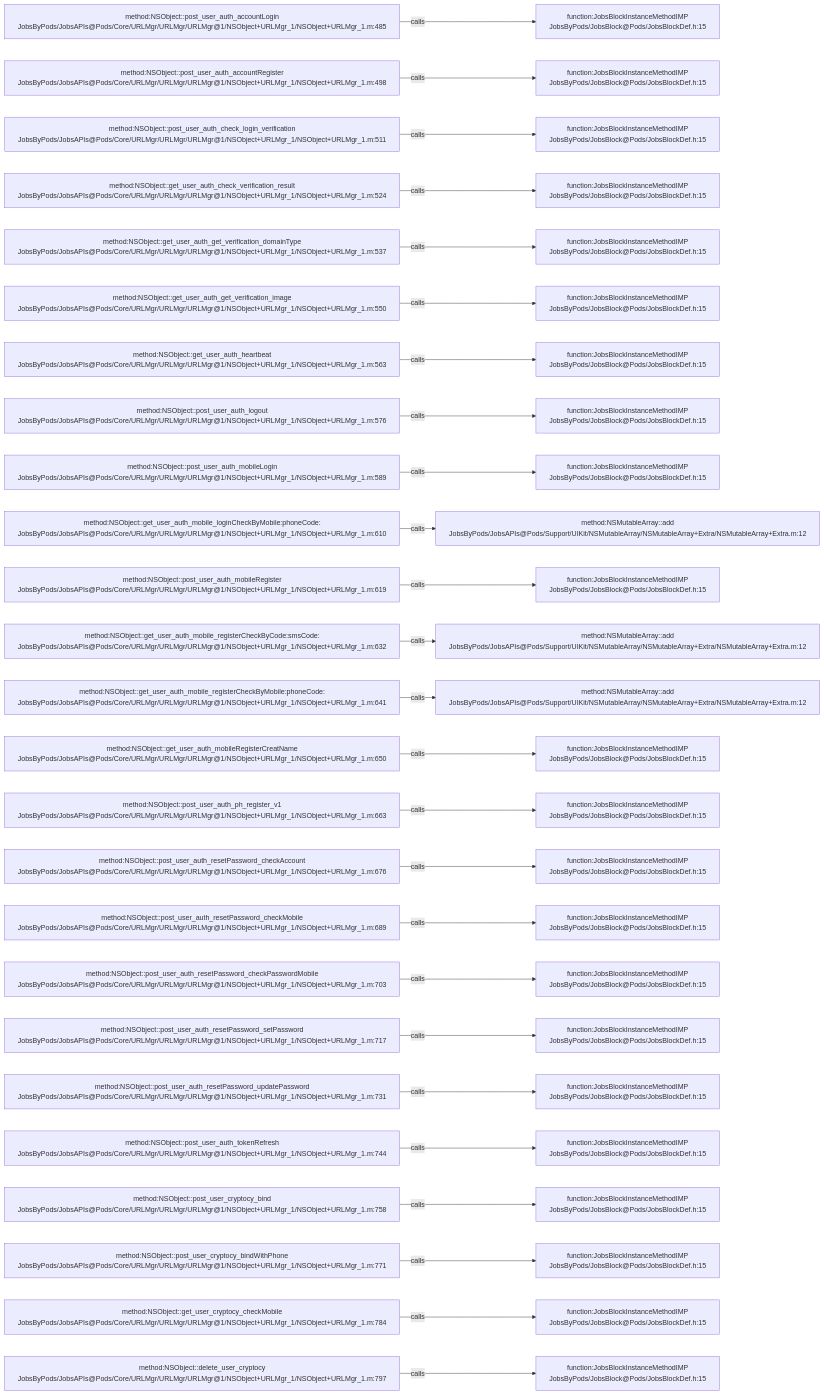
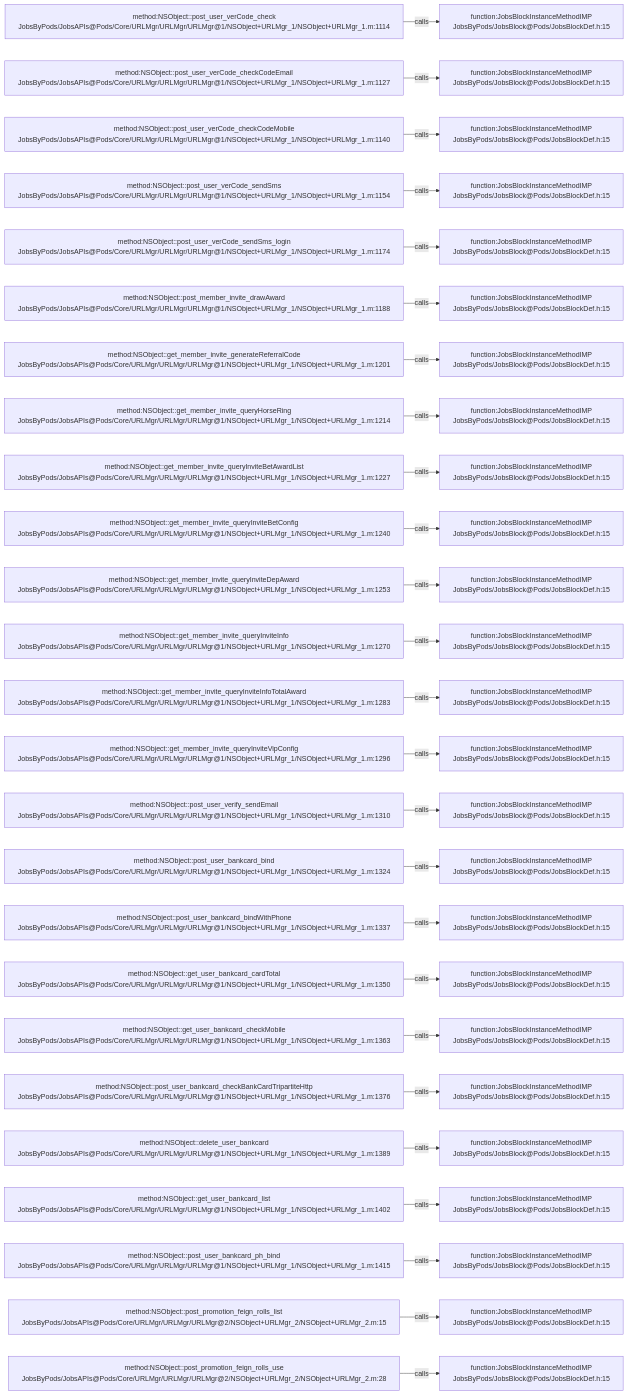
The diagram in .codegraph/codegraph.md/graphs/calls-055.md (JobsKits/JobsOCBaseConfigDemo), drawn with Mermaid before and after one commit. The commit also changed 223 other files, not shown here.

````diff
--- a/.codegraph/codegraph.md/graphs/calls-055.md
+++ b/.codegraph/codegraph.md/graphs/calls-055.md
@@ -13,78 +13,78 @@
 ```mermaid
 flowchart LR
-  S1["method:NSObject::post_user_auth_accountLogin<br/>JobsByPods/JobsAPIs@Pods/Core/URLMgr/URLMgr/URLMgr@1/NSObject+URLMgr_1/NSObject+URLMgr_1.m:485"]
+  S1["method:NSObject::post_user_verCode_check<br/>JobsByPods/JobsAPIs@Pods/Core/URLMgr/URLMgr/URLMgr@1/NSObject+URLMgr_1/NSObject+URLMgr_1.m:1114"]
   T1["function:JobsBlockInstanceMethodIMP<br/>JobsByPods/JobsBlock@Pods/JobsBlockDef.h:15"]
   S1 -->|calls| T1
-  S2["method:NSObject::post_user_auth_accountRegister<br/>JobsByPods/JobsAPIs@Pods/Core/URLMgr/URLMgr/URLMgr@1/NSObject+URLMgr_1/NSObject+URLMgr_1.m:498"]
+  S2["method:NSObject::post_user_verCode_checkCodeEmail<br/>JobsByPods/JobsAPIs@Pods/Core/URLMgr/URLMgr/URLMgr@1/NSObject+URLMgr_1/NSObject+URLMgr_1.m:1127"]
   T2["function:JobsBlockInstanceMethodIMP<br/>JobsByPods/JobsBlock@Pods/JobsBlockDef.h:15"]
   S2 -->|calls| T2
-  S3["method:NSObject::post_user_auth_check_login_verification<br/>JobsByPods/JobsAPIs@Pods/Core/URLMgr/URLMgr/URLMgr@1/NSObject+URLMgr_1/NSObject+URLMgr_1.m:511"]
+  S3["method:NSObject::post_user_verCode_checkCodeMobile<br/>JobsByPods/JobsAPIs@Pods/Core/URLMgr/URLMgr/URLMgr@1/NSObject+URLMgr_1/NSObject+URLMgr_1.m:1140"]
   T3["function:JobsBlockInstanceMethodIMP<br/>JobsByPods/JobsBlock@Pods/JobsBlockDef.h:15"]
   S3 -->|calls| T3
-  S4["method:NSObject::get_user_auth_check_verification_result<br/>JobsByPods/JobsAPIs@Pods/Core/URLMgr/URLMgr/URLMgr@1/NSObject+URLMgr_1/NSObject+URLMgr_1.m:524"]
+  S4["method:NSObject::post_user_verCode_sendSms<br/>JobsByPods/JobsAPIs@Pods/Core/URLMgr/URLMgr/URLMgr@1/NSObject+URLMgr_1/NSObject+URLMgr_1.m:1154"]
   T4["function:JobsBlockInstanceMethodIMP<br/>JobsByPods/JobsBlock@Pods/JobsBlockDef.h:15"]
   S4 -->|calls| T4
-  S5["method:NSObject::get_user_auth_get_verification_domainType<br/>JobsByPods/JobsAPIs@Pods/Core/URLMgr/URLMgr/URLMgr@1/NSObject+URLMgr_1/NSObject+URLMgr_1.m:537"]
+  S5["method:NSObject::post_user_verCode_sendSms_login<br/>JobsByPods/JobsAPIs@Pods/Core/URLMgr/URLMgr/URLMgr@1/NSObject+URLMgr_1/NSObject+URLMgr_1.m:1174"]
   T5["function:JobsBlockInstanceMethodIMP<br/>JobsByPods/JobsBlock@Pods/JobsBlockDef.h:15"]
   S5 -->|calls| T5
-  S6["method:NSObject::get_user_auth_get_verification_image<br/>JobsByPods/JobsAPIs@Pods/Core/URLMgr/URLMgr/URLMgr@1/NSObject+URLMgr_1/NSObject+URLMgr_1.m:550"]
+  S6["method:NSObject::post_member_invite_drawAward<br/>JobsByPods/JobsAPIs@Pods/Core/URLMgr/URLMgr/URLMgr@1/NSObject+URLMgr_1/NSObject+URLMgr_1.m:1188"]
   T6["function:JobsBlockInstanceMethodIMP<br/>JobsByPods/JobsBlock@Pods/JobsBlockDef.h:15"]
   S6 -->|calls| T6
-  S7["method:NSObject::get_user_auth_heartbeat<br/>JobsByPods/JobsAPIs@Pods/Core/URLMgr/URLMgr/URLMgr@1/NSObject+URLMgr_1/NSObject+URLMgr_1.m:563"]
+  S7["method:NSObject::get_member_invite_generateReferralCode<br/>JobsByPods/JobsAPIs@Pods/Core/URLMgr/URLMgr/URLMgr@1/NSObject+URLMgr_1/NSObject+URLMgr_1.m:1201"]
   T7["function:JobsBlockInstanceMethodIMP<br/>JobsByPods/JobsBlock@Pods/JobsBlockDef.h:15"]
   S7 -->|calls| T7
-  S8["method:NSObject::post_user_auth_logout<br/>JobsByPods/JobsAPIs@Pods/Core/URLMgr/URLMgr/URLMgr@1/NSObject+URLMgr_1/NSObject+URLMgr_1.m:576"]
+  S8["method:NSObject::get_member_invite_queryHorseRing<br/>JobsByPods/JobsAPIs@Pods/Core/URLMgr/URLMgr/URLMgr@1/NSObject+URLMgr_1/NSObject+URLMgr_1.m:1214"]
   T8["function:JobsBlockInstanceMethodIMP<br/>JobsByPods/JobsBlock@Pods/JobsBlockDef.h:15"]
   S8 -->|calls| T8
-  S9["method:NSObject::post_user_auth_mobileLogin<br/>JobsByPods/JobsAPIs@Pods/Core/URLMgr/URLMgr/URLMgr@1/NSObject+URLMgr_1/NSObject+URLMgr_1.m:589"]
+  S9["method:NSObject::get_member_invite_queryInviteBetAwardList<br/>JobsByPods/JobsAPIs@Pods/Core/URLMgr/URLMgr/URLMgr@1/NSObject+URLMgr_1/NSObject+URLMgr_1.m:1227"]
   T9["function:JobsBlockInstanceMethodIMP<br/>JobsByPods/JobsBlock@Pods/JobsBlockDef.h:15"]
   S9 -->|calls| T9
-  S10["method:NSObject::get_user_auth_mobile_loginCheckByMobile:phoneCode:<br/>JobsByPods/JobsAPIs@Pods/Core/URLMgr/URLMgr/URLMgr@1/NSObject+URLMgr_1/NSObject+URLMgr_1.m:610"]
-  T10["method:NSMutableArray::add<br/>JobsByPods/JobsAPIs@Pods/Support/UIKit/NSMutableArray/NSMutableArray+Extra/NSMutableArray+Extra.m:12"]
+  S10["method:NSObject::get_member_invite_queryInviteBetConfig<br/>JobsByPods/JobsAPIs@Pods/Core/URLMgr/URLMgr/URLMgr@1/NSObject+URLMgr_1/NSObject+URLMgr_1.m:1240"]
+  T10["function:JobsBlockInstanceMethodIMP<br/>JobsByPods/JobsBlock@Pods/JobsBlockDef.h:15"]
   S10 -->|calls| T10
-  S11["method:NSObject::post_user_auth_mobileRegister<br/>JobsByPods/JobsAPIs@Pods/Core/URLMgr/URLMgr/URLMgr@1/NSObject+URLMgr_1/NSObject+URLMgr_1.m:619"]
+  S11["method:NSObject::get_member_invite_queryInviteDepAward<br/>JobsByPods/JobsAPIs@Pods/Core/URLMgr/URLMgr/URLMgr@1/NSObject+URLMgr_1/NSObject+URLMgr_1.m:1253"]
   T11["function:JobsBlockInstanceMethodIMP<br/>JobsByPods/JobsBlock@Pods/JobsBlockDef.h:15"]
   S11 -->|calls| T11
-  S12["method:NSObject::get_user_auth_mobile_registerCheckByCode:smsCode:<br/>JobsByPods/JobsAPIs@Pods/Core/URLMgr/URLMgr/URLMgr@1/NSObject+URLMgr_1/NSObject+URLMgr_1.m:632"]
-  T12["method:NSMutableArray::add<br/>JobsByPods/JobsAPIs@Pods/Support/UIKit/NSMutableArray/NSMutableArray+Extra/NSMutableArray+Extra.m:12"]
+  S12["method:NSObject::get_member_invite_queryInviteInfo<br/>JobsByPods/JobsAPIs@Pods/Core/URLMgr/URLMgr/URLMgr@1/NSObject+URLMgr_1/NSObject+URLMgr_1.m:1270"]
+  T12["function:JobsBlockInstanceMethodIMP<br/>JobsByPods/JobsBlock@Pods/JobsBlockDef.h:15"]
   S12 -->|calls| T12
-  S13["method:NSObject::get_user_auth_mobile_registerCheckByMobile:phoneCode:<br/>JobsByPods/JobsAPIs@Pods/Core/URLMgr/URLMgr/URLMgr@1/NSObject+URLMgr_1/NSObject+URLMgr_1.m:641"]
-  T13["method:NSMutableArray::add<br/>JobsByPods/JobsAPIs@Pods/Support/UIKit/NSMutableArray/NSMutableArray+Extra/NSMutableArray+Extra.m:12"]
+  S13["method:NSObject::get_member_invite_queryInviteInfoTotalAward<br/>JobsByPods/JobsAPIs@Pods/Core/URLMgr/URLMgr/URLMgr@1/NSObject+URLMgr_1/NSObject+URLMgr_1.m:1283"]
+  T13["function:JobsBlockInstanceMethodIMP<br/>JobsByPods/JobsBlock@Pods/JobsBlockDef.h:15"]
   S13 -->|calls| T13
-  S14["method:NSObject::get_user_auth_mobileRegisterCreatName<br/>JobsByPods/JobsAPIs@Pods/Core/URLMgr/URLMgr/URLMgr@1/NSObject+URLMgr_1/NSObject+URLMgr_1.m:650"]
+  S14["method:NSObject::get_member_invite_queryInviteVipConfig<br/>JobsByPods/JobsAPIs@Pods/Core/URLMgr/URLMgr/URLMgr@1/NSObject+URLMgr_1/NSObject+URLMgr_1.m:1296"]
   T14["function:JobsBlockInstanceMethodIMP<br/>JobsByPods/JobsBlock@Pods/JobsBlockDef.h:15"]
   S14 -->|calls| T14
-  S15["method:NSObject::post_user_auth_ph_register_v1<br/>JobsByPods/JobsAPIs@Pods/Core/URLMgr/URLMgr/URLMgr@1/NSObject+URLMgr_1/NSObject+URLMgr_1.m:663"]
+  S15["method:NSObject::post_user_verify_sendEmail<br/>JobsByPods/JobsAPIs@Pods/Core/URLMgr/URLMgr/URLMgr@1/NSObject+URLMgr_1/NSObject+URLMgr_1.m:1310"]
   T15["function:JobsBlockInstanceMethodIMP<br/>JobsByPods/JobsBlock@Pods/JobsBlockDef.h:15"]
   S15 -->|calls| T15
-  S16["method:NSObject::post_user_auth_resetPassword_checkAccount<br/>JobsByPods/JobsAPIs@Pods/Core/URLMgr/URLMgr/URLMgr@1/NSObject+URLMgr_1/NSObject+URLMgr_1.m:676"]
+  S16["method:NSObject::post_user_bankcard_bind<br/>JobsByPods/JobsAPIs@Pods/Core/URLMgr/URLMgr/URLMgr@1/NSObject+URLMgr_1/NSObject+URLMgr_1.m:1324"]
   T16["function:JobsBlockInstanceMethodIMP<br/>JobsByPods/JobsBlock@Pods/JobsBlockDef.h:15"]
   S16 -->|calls| T16
-  S17["method:NSObject::post_user_auth_resetPassword_checkMobile<br/>JobsByPods/JobsAPIs@Pods/Core/URLMgr/URLMgr/URLMgr@1/NSObject+URLMgr_1/NSObject+URLMgr_1.m:689"]
+  S17["method:NSObject::post_user_bankcard_bindWithPhone<br/>JobsByPods/JobsAPIs@Pods/Core/URLMgr/URLMgr/URLMgr@1/NSObject+URLMgr_1/NSObject+URLMgr_1.m:1337"]
   T17["function:JobsBlockInstanceMethodIMP<br/>JobsByPods/JobsBlock@Pods/JobsBlockDef.h:15"]
   S17 -->|calls| T17
-  S18["method:NSObject::post_user_auth_resetPassword_checkPasswordMobile<br/>JobsByPods/JobsAPIs@Pods/Core/URLMgr/URLMgr/URLMgr@1/NSObject+URLMgr_1/NSObject+URLMgr_1.m:703"]
+  S18["method:NSObject::get_user_bankcard_cardTotal<br/>JobsByPods/JobsAPIs@Pods/Core/URLMgr/URLMgr/URLMgr@1/NSObject+URLMgr_1/NSObject+URLMgr_1.m:1350"]
   T18["function:JobsBlockInstanceMethodIMP<br/>JobsByPods/JobsBlock@Pods/JobsBlockDef.h:15"]
   S18 -->|calls| T18
-  S19["method:NSObject::post_user_auth_resetPassword_setPassword<br/>JobsByPods/JobsAPIs@Pods/Core/URLMgr/URLMgr/URLMgr@1/NSObject+URLMgr_1/NSObject+URLMgr_1.m:717"]
+  S19["method:NSObject::get_user_bankcard_checkMobile<br/>JobsByPods/JobsAPIs@Pods/Core/URLMgr/URLMgr/URLMgr@1/NSObject+URLMgr_1/NSObject+URLMgr_1.m:1363"]
   T19["function:JobsBlockInstanceMethodIMP<br/>JobsByPods/JobsBlock@Pods/JobsBlockDef.h:15"]
   S19 -->|calls| T19
-  S20["method:NSObject::post_user_auth_resetPassword_updatePassword<br/>JobsByPods/JobsAPIs@Pods/Core/URLMgr/URLMgr/URLMgr@1/NSObject+URLMgr_1/NSObject+URLMgr_1.m:731"]
+  S20["method:NSObject::post_user_bankcard_checkBankCardTripartiteHttp<br/>JobsByPods/JobsAPIs@Pods/Core/URLMgr/URLMgr/URLMgr@1/NSObject+URLMgr_1/NSObject+URLMgr_1.m:1376"]
   T20["function:JobsBlockInstanceMethodIMP<br/>JobsByPods/JobsBlock@Pods/JobsBlockDef.h:15"]
   S20 -->|calls| T20
-  S21["method:NSObject::post_user_auth_tokenRefresh<br/>JobsByPods/JobsAPIs@Pods/Core/URLMgr/URLMgr/URLMgr@1/NSObject+URLMgr_1/NSObject+URLMgr_1.m:744"]
+  S21["method:NSObject::delete_user_bankcard<br/>JobsByPods/JobsAPIs@Pods/Core/URLMgr/URLMgr/URLMgr@1/NSObject+URLMgr_1/NSObject+URLMgr_1.m:1389"]
   T21["function:JobsBlockInstanceMethodIMP<br/>JobsByPods/JobsBlock@Pods/JobsBlockDef.h:15"]
   S21 -->|calls| T21
-  S22["method:NSObject::post_user_cryptocy_bind<br/>JobsByPods/JobsAPIs@Pods/Core/URLMgr/URLMgr/URLMgr@1/NSObject+URLMgr_1/NSObject+URLMgr_1.m:758"]
+  S22["method:NSObject::get_user_bankcard_list<br/>JobsByPods/JobsAPIs@Pods/Core/URLMgr/URLMgr/URLMgr@1/NSObject+URLMgr_1/NSObject+URLMgr_1.m:1402"]
   T22["function:JobsBlockInstanceMethodIMP<br/>JobsByPods/JobsBlock@Pods/JobsBlockDef.h:15"]
   S22 -->|calls| T22
-  S23["method:NSObject::post_user_cryptocy_bindWithPhone<br/>JobsByPods/JobsAPIs@Pods/Core/URLMgr/URLMgr/URLMgr@1/NSObject+URLMgr_1/NSObject+URLMgr_1.m:771"]
+  S23["method:NSObject::post_user_bankcard_ph_bind<br/>JobsByPods/JobsAPIs@Pods/Core/URLMgr/URLMgr/URLMgr@1/NSObject+URLMgr_1/NSObject+URLMgr_1.m:1415"]
   T23["function:JobsBlockInstanceMethodIMP<br/>JobsByPods/JobsBlock@Pods/JobsBlockDef.h:15"]
   S23 -->|calls| T23
-  S24["method:NSObject::get_user_cryptocy_checkMobile<br/>JobsByPods/JobsAPIs@Pods/Core/URLMgr/URLMgr/URLMgr@1/NSObject+URLMgr_1/NSObject+URLMgr_1.m:784"]
+  S24["method:NSObject::post_promotion_feign_rolls_list<br/>JobsByPods/JobsAPIs@Pods/Core/URLMgr/URLMgr/URLMgr@2/NSObject+URLMgr_2/NSObject+URLMgr_2.m:15"]
   T24["function:JobsBlockInstanceMethodIMP<br/>JobsByPods/JobsBlock@Pods/JobsBlockDef.h:15"]
   S24 -->|calls| T24
-  S25["method:NSObject::delete_user_cryptocy<br/>JobsByPods/JobsAPIs@Pods/Core/URLMgr/URLMgr/URLMgr@1/NSObject+URLMgr_1/NSObject+URLMgr_1.m:797"]
+  S25["method:NSObject::post_promotion_feign_rolls_use<br/>JobsByPods/JobsAPIs@Pods/Core/URLMgr/URLMgr/URLMgr@2/NSObject+URLMgr_2/NSObject+URLMgr_2.m:28"]
   T25["function:JobsBlockInstanceMethodIMP<br/>JobsByPods/JobsBlock@Pods/JobsBlockDef.h:15"]
   S25 -->|calls| T25
 ```
````
